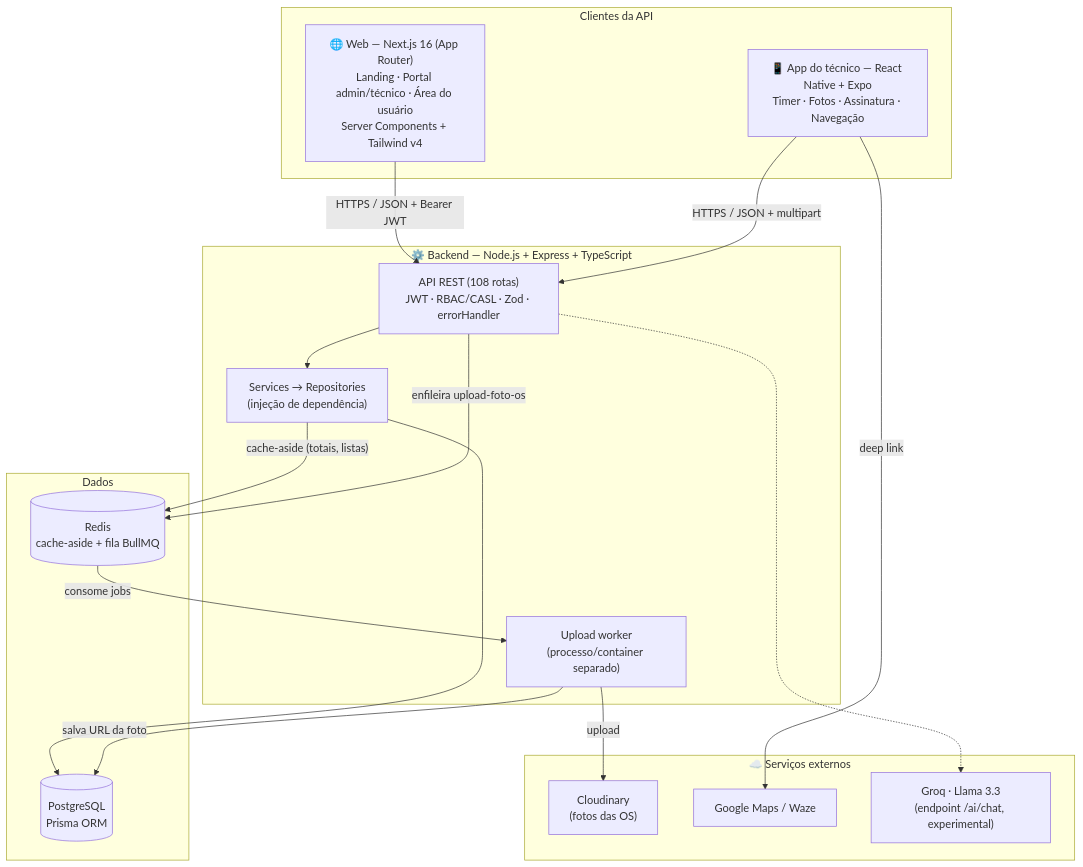
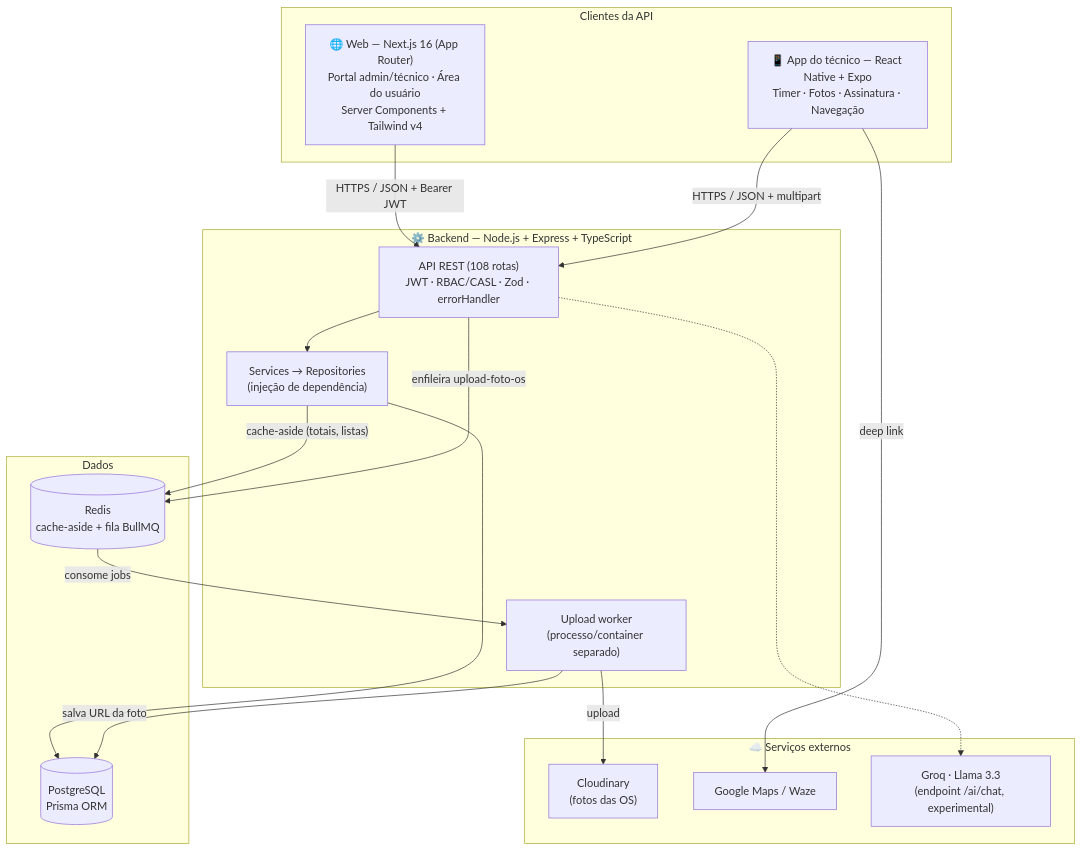
The first of 4 diagrams in README.md (pablo-cruzbr/Fire-OS-Service-Order-SaaS), drawn with Mermaid before and after one commit. The commit also changed other lines of this file and 1 other file, not shown here.

Commit message:
docs: document the standalone landing app and its Vercel deploy

````diff
--- a/README.md
+++ b/README.md
@@ -66,35 +66,35 @@
 ```mermaid
 graph TB
   subgraph Clients["Clientes da API"]
-    WEB["🌐 Web — Next.js 16 (App Router)<br/>Landing · Portal admin/técnico · Área do usuário<br/>Server Components + Tailwind v4"]
+    WEB["🌐 Web — Next.js 16 (App Router)<br/>Portal admin/técnico · Área do usuário<br/>Server Components + Tailwind v4"]
     APP["📱 App do técnico — React Native + Expo<br/>Timer · Fotos · Assinatura · Navegação"]
   end
 
   subgraph Backend["⚙️ Backend — Node.js + Express + TypeScript"]
     API["API REST (108 rotas)<br/>JWT · RBAC/CASL · Zod · errorHandler"]
     SVC["Services → Repositories<br/>(injeção de dependência)"]
     WORKER["Upload worker<br/>(processo/container separado)"]
   end
 
   subgraph Data["Dados"]
     DB[("PostgreSQL<br/>Prisma ORM")]
     REDIS[("Redis<br/>cache-aside + fila BullMQ")]
   end
 
   subgraph External["☁️ Serviços externos"]
     CDN["Cloudinary<br/>(fotos das OS)"]
     MAPS["Google Maps / Waze"]
     LLM["Groq · Llama 3.3<br/>(endpoint /ai/chat, experimental)"]
   end
 
   WEB -->|"HTTPS / JSON + Bearer JWT"| API
   APP -->|"HTTPS / JSON + multipart"| API
   API --> SVC --> DB
   SVC -->|"cache-aside (totais, listas)"| REDIS
   API -->|"enfileira upload-foto-os"| REDIS
   REDIS -->|"consome jobs"| WORKER
   WORKER -->|"upload"| CDN
   WORKER -->|"salva URL da foto"| DB
   API -.-> LLM
   APP -->|"deep link"| MAPS
 ```
````
